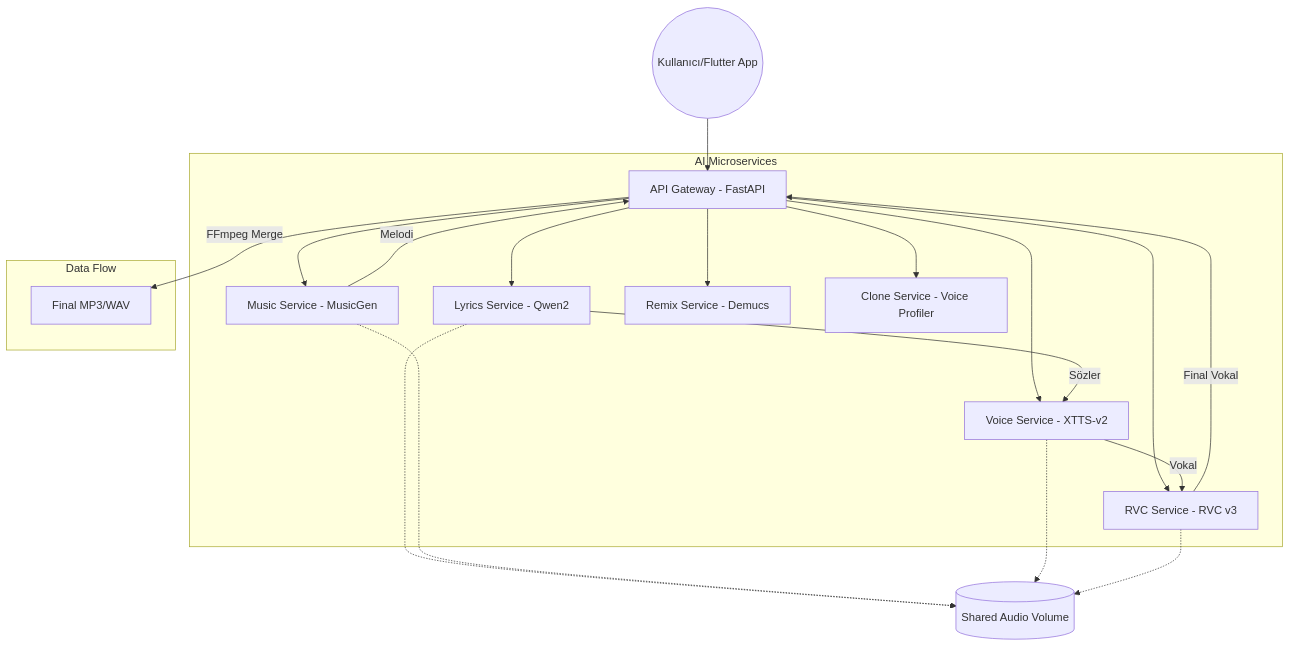
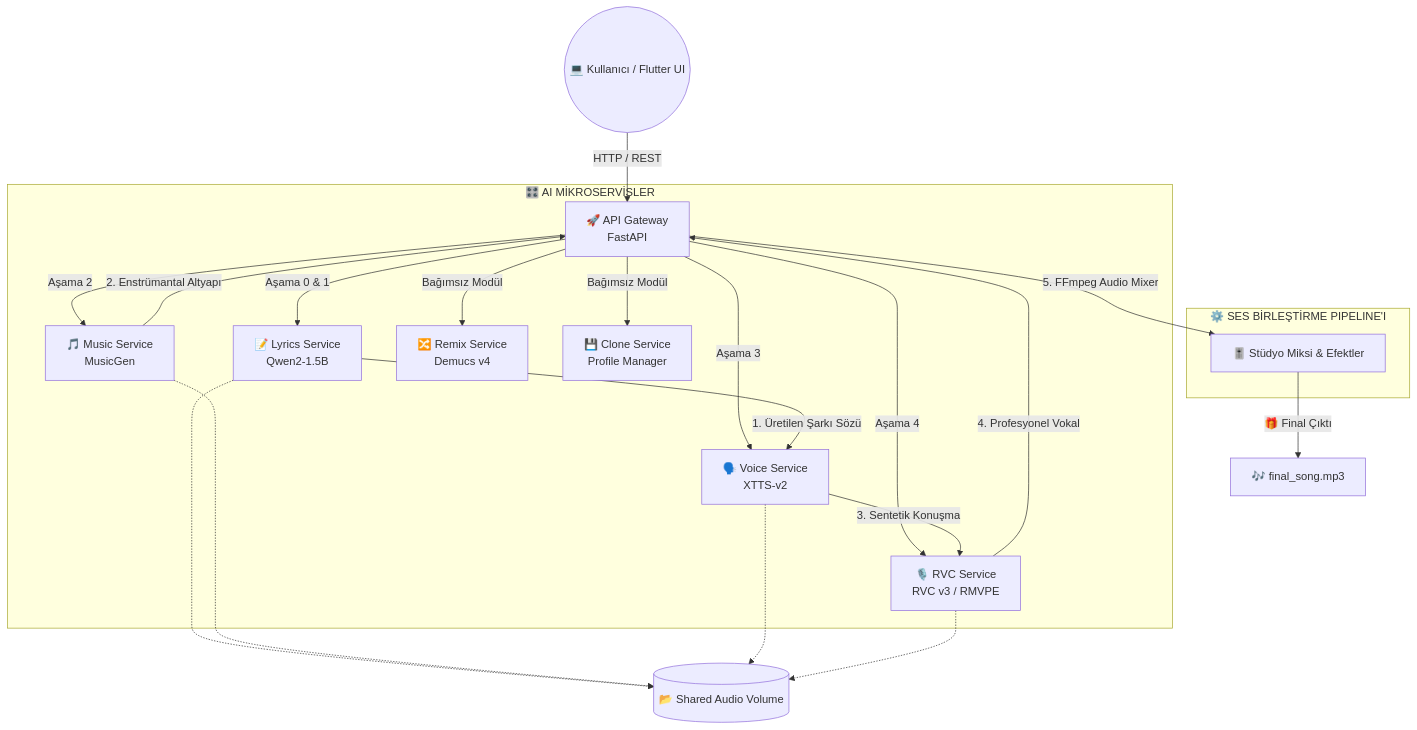
One commit to yonzbro/AIMUSICSTUDIO changed the diagram in README.md. Above: the diagram before and after it, drawn with Mermaid. The commit also changed other lines of this file and 6 other files, not shown here.

Commit message:
docs: overhaul README with premium architecture & fix voice clone proxy & optimize RVC parameters

````diff
--- a/README.md
+++ b/README.md
@@ -11,27 +19,31 @@
 ```mermaid
 graph TD
-    User((Kullanıcı/Flutter App)) --> Gateway[API Gateway - FastAPI]
+    %% Arayüz ve Gateway
+    User((💻 Kullanıcı / Flutter UI)) -->|HTTP / REST| Gateway[🚀 API Gateway <br/> FastAPI]
     
-    subgraph AI Microservices
-        Gateway --> Lyrics[Lyrics Service - Qwen2]
-        Gateway --> Music[Music Service - MusicGen]
-        Gateway --> Voice[Voice Service - XTTS-v2]
-        Gateway --> RVC[RVC Service - RVC v3]
-        Gateway --> Remix[Remix Service - Demucs]
-        Gateway --> Clone[Clone Service - Voice Profiler]
+    subgraph "🎛️ AI MİKROSERVİSLER"
+        Gateway -->|Aşama 0 & 1| LyricsSvc[📝 Lyrics Service <br/> Qwen2-1.5B]
+        Gateway -->|Aşama 2| MusicSvc[🎵 Music Service <br/> MusicGen]
+        Gateway -->|Aşama 3| VoiceSvc[🗣️ Voice Service <br/> XTTS-v2]
+        Gateway -->|Aşama 4| RVCSvc[🎙️ RVC Service <br/> RVC v3 / RMVPE]
+        Gateway -->|Bağımsız Modül| RemixSvc[🔀 Remix Service <br/> Demucs v4]
+        Gateway -->|Bağımsız Modül| CloneSvc[💾 Clone Service <br/> Profile Manager]
     end
     
-    subgraph Data Flow
-        Lyrics -- "Sözler" --> Voice
-        Music -- "Melodi" --> Gateway
-        Voice -- "Vokal" --> RVC
-        RVC -- "Final Vokal" --> Gateway
-        Gateway -- "FFmpeg Merge" --> Output[Final MP3/WAV]
+    subgraph "⚙️ SES BİRLEŞTİRME PIPELINE'I"
+        LyricsSvc -->|1. Üretilen Şarkı Sözü| VoiceSvc
+        MusicSvc -->|2. Enstrümantal Altyapı| Gateway
+        VoiceSvc -->|3. Sentetik Konuşma| RVCSvc
+        RVCSvc -->|4. Profesyonel Vokal| Gateway
+        Gateway -->|5. FFmpeg Audio Mixer| Merge[🎚️ Stüdyo Miksi & Efektler]
     end
     
-    SharedVolume[(Shared Audio Volume)]
-    Lyrics -.-> SharedVolume
-    Music -.-> SharedVolume
-    Voice -.-> SharedVolume
-    RVC -.-> SharedVolume
+    Merge -->|🎁 Final Çıktı| Output[🎶 final_song.mp3]
+    
+    %% Shared Data
+    SharedDisk[(📂 Shared Audio Volume)]
+    LyricsSvc -.-> SharedDisk
+    MusicSvc -.-> SharedDisk
+    VoiceSvc -.-> SharedDisk
+    RVCSvc -.-> SharedDisk
 ```
````
